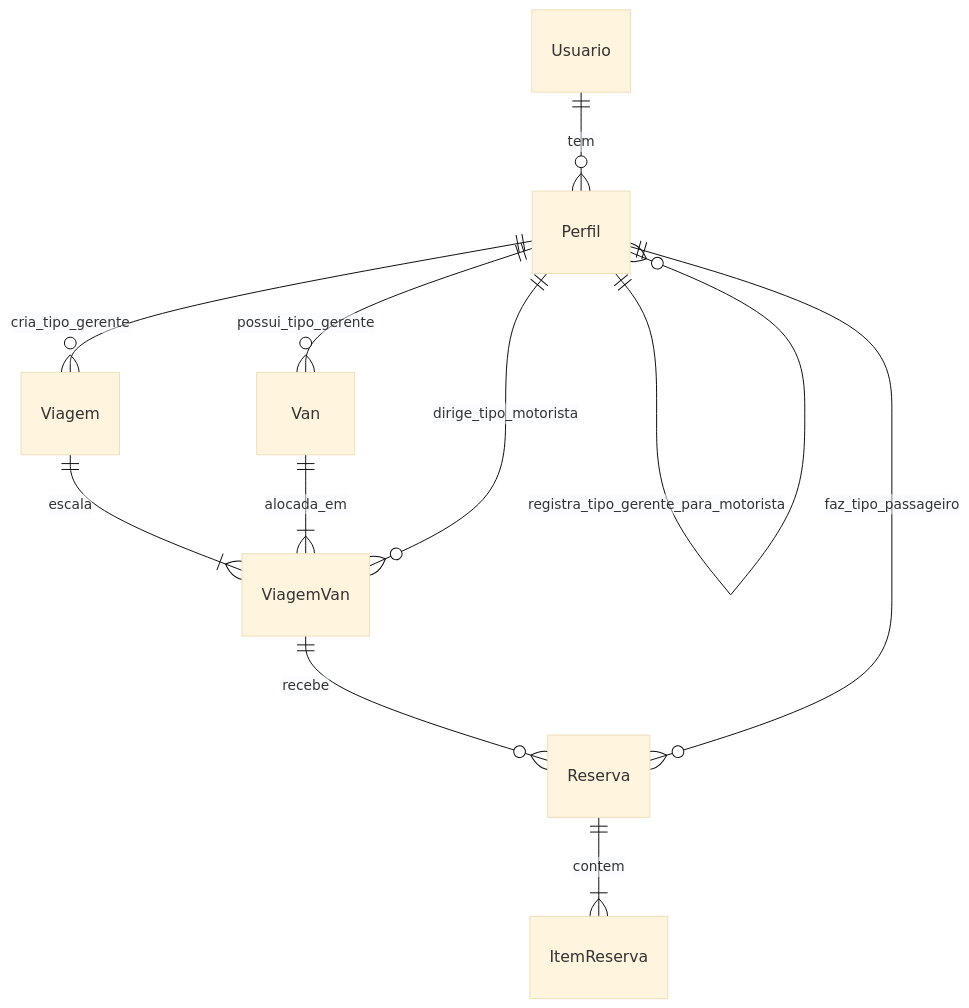
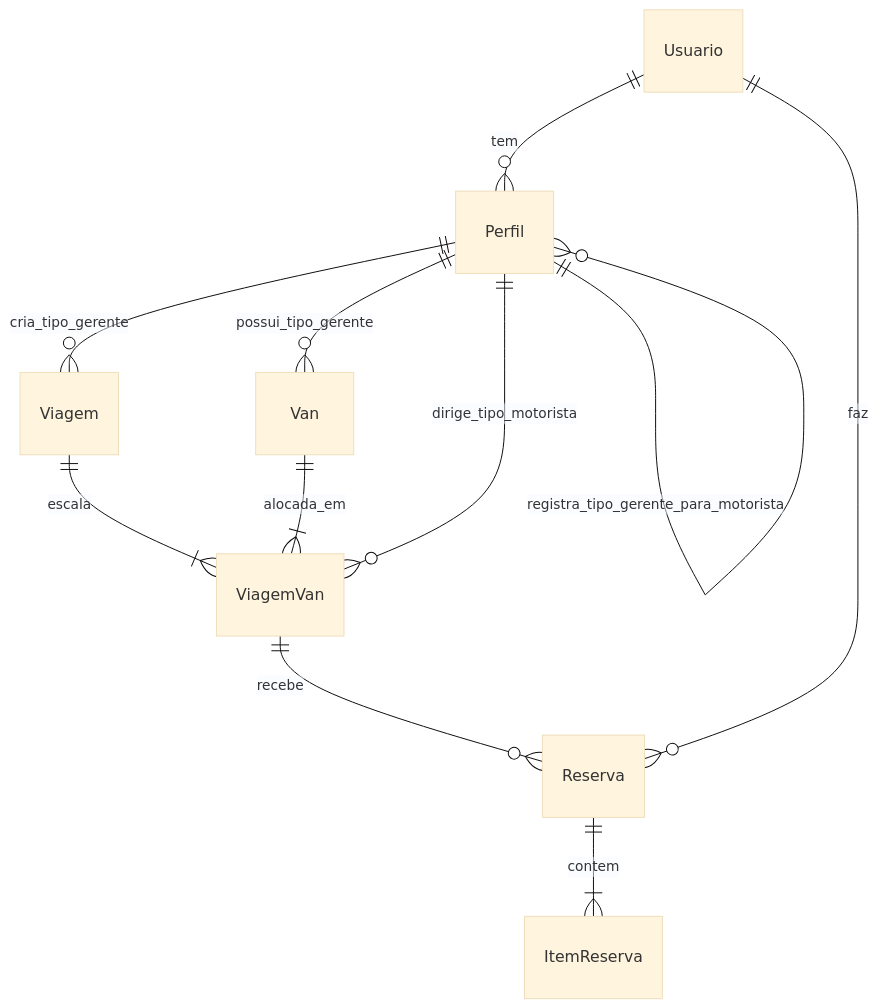
Before and after one commit to zico10-arthur/BackEnd-VanBora: the second of 4 diagrams in plans/technical-plan.md, drawn with Mermaid (base theme). The commit also changed other lines of this file and 3 other files, not shown here.

````diff
--- a/plans/technical-plan.md
+++ b/plans/technical-plan.md
@@ -42,13 +42,13 @@
 ```mermaid
 erDiagram
     Usuario ||--o{ Perfil : "tem"
     Perfil ||--o{ Van : "possui_tipo_gerente"
     Perfil ||--o{ Viagem : "cria_tipo_gerente"
     Perfil ||--o{ Perfil : "registra_tipo_gerente_para_motorista"
     Viagem ||--|{ ViagemVan : "escala"
     Van ||--|{ ViagemVan : "alocada_em"
     Perfil ||--o{ ViagemVan : "dirige_tipo_motorista"
     ViagemVan ||--o{ Reserva : "recebe"
-    Perfil ||--o{ Reserva : "faz_tipo_passageiro"
+    Usuario ||--o{ Reserva : "faz"
     Reserva ||--|{ ItemReserva : "contem"
 ```
````
